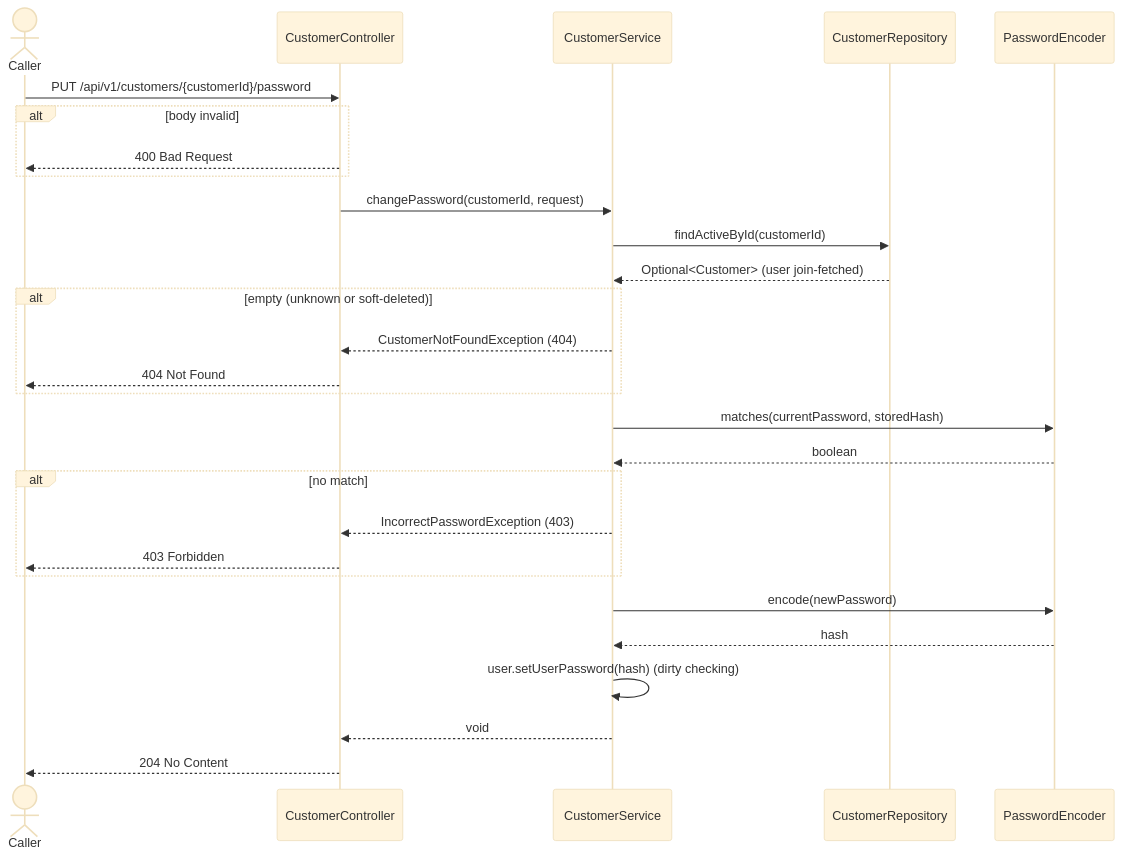
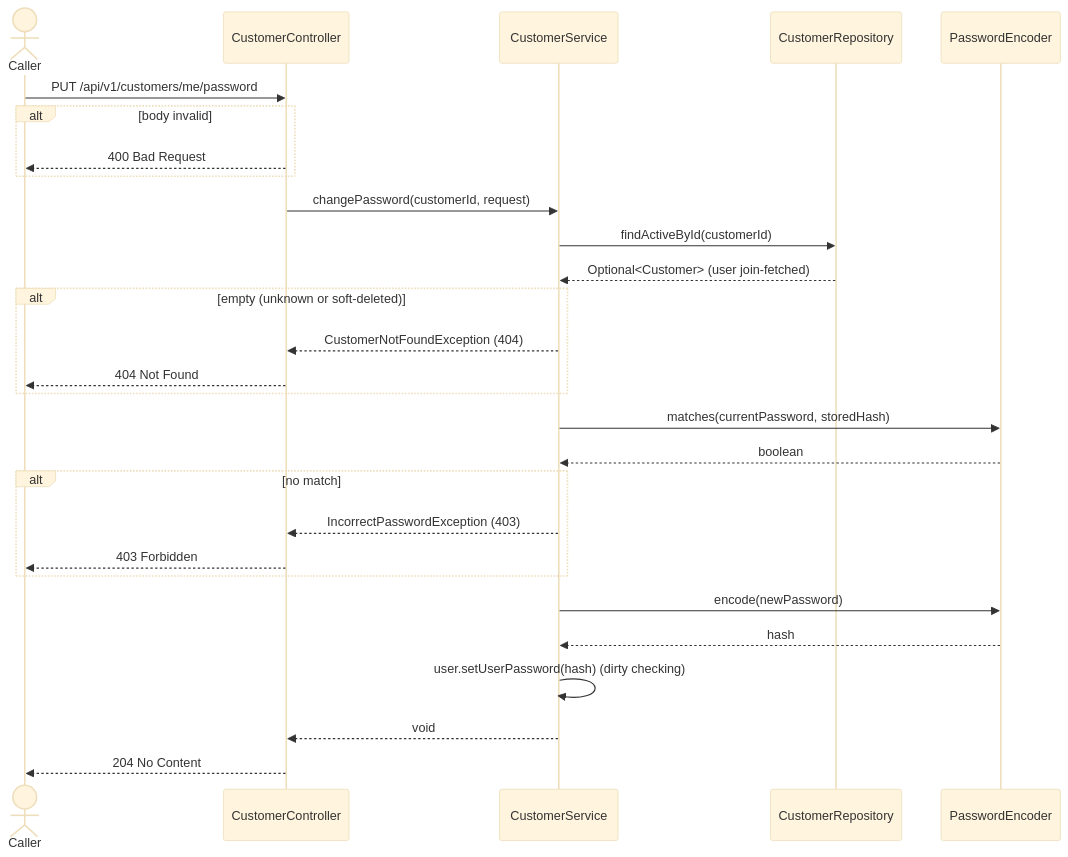
Before and after one commit to msmohammed0077-cmd/mentorship-restaurant: the second of 2 diagrams in restaurant/.docs/use-cases/customer-management/update-customer/update-customer.md, drawn with Mermaid (base theme). The commit also changed other lines of this file and 25 other files, not shown here.

````diff
--- a/restaurant/.docs/use-cases/customer-management/update-customer/update-customer.md
+++ b/restaurant/.docs/use-cases/customer-management/update-customer/update-customer.md
@@ -224,31 +227,31 @@
 ```mermaid
 sequenceDiagram
     actor Caller
     participant C as CustomerController
     participant H as CustomerService
     participant CR as CustomerRepository
     participant PE as PasswordEncoder
 
-    Caller->>C: PUT /api/v1/customers/{customerId}/password
+    Caller->>C: PUT /api/v1/customers/me/password
     alt body invalid
         C-->>Caller: 400 Bad Request
     end
     C->>H: changePassword(customerId, request)
     H->>CR: findActiveById(customerId)
     CR-->>H: Optional<Customer> (user join-fetched)
     alt empty (unknown or soft-deleted)
         H-->>C: CustomerNotFoundException (404)
         C-->>Caller: 404 Not Found
     end
     H->>PE: matches(currentPassword, storedHash)
     PE-->>H: boolean
     alt no match
         H-->>C: IncorrectPasswordException (403)
         C-->>Caller: 403 Forbidden
     end
     H->>PE: encode(newPassword)
     PE-->>H: hash
     H->>H: user.setUserPassword(hash) (dirty checking)
     H-->>C: void
     C-->>Caller: 204 No Content
 ```
````
